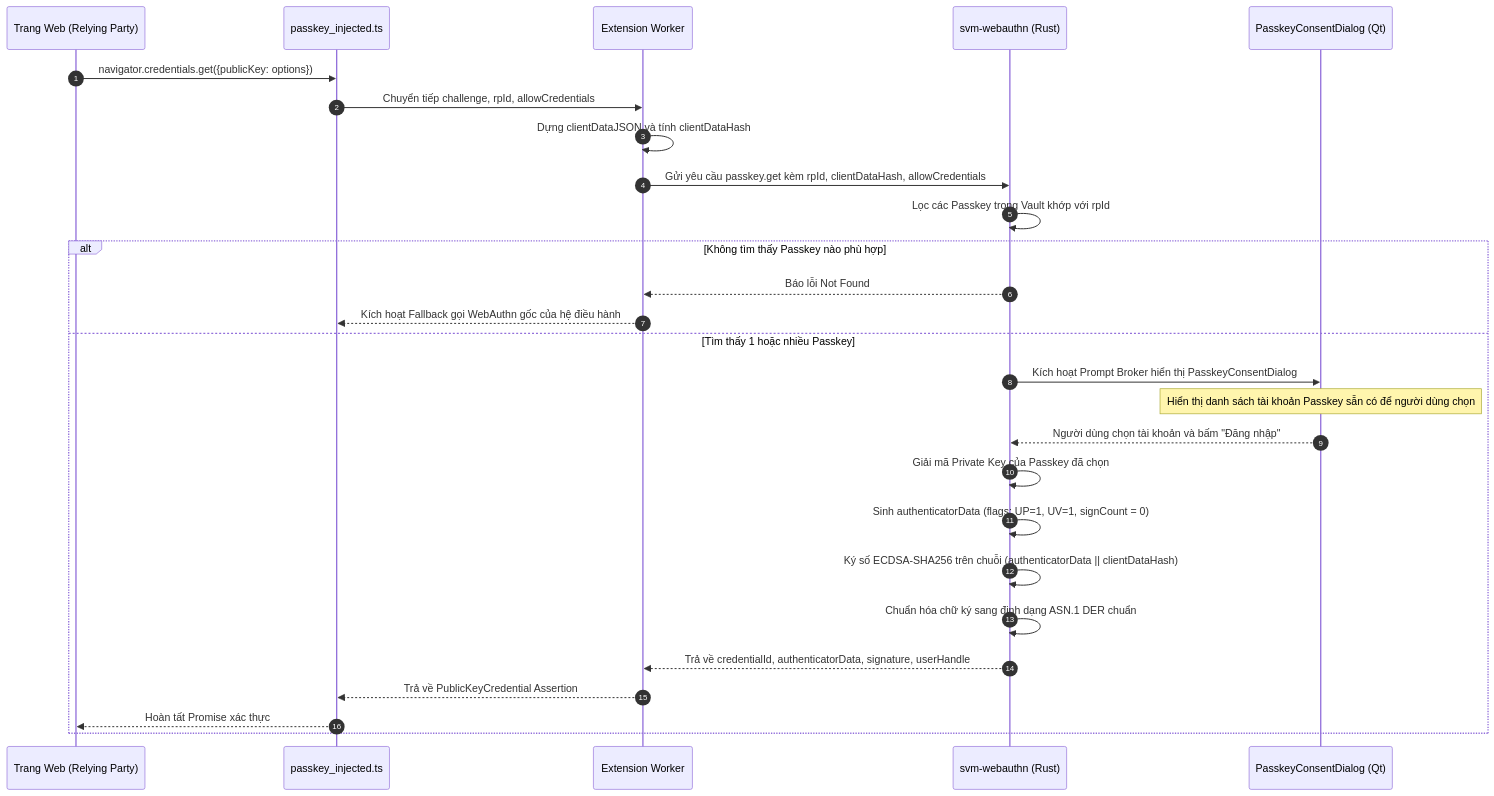
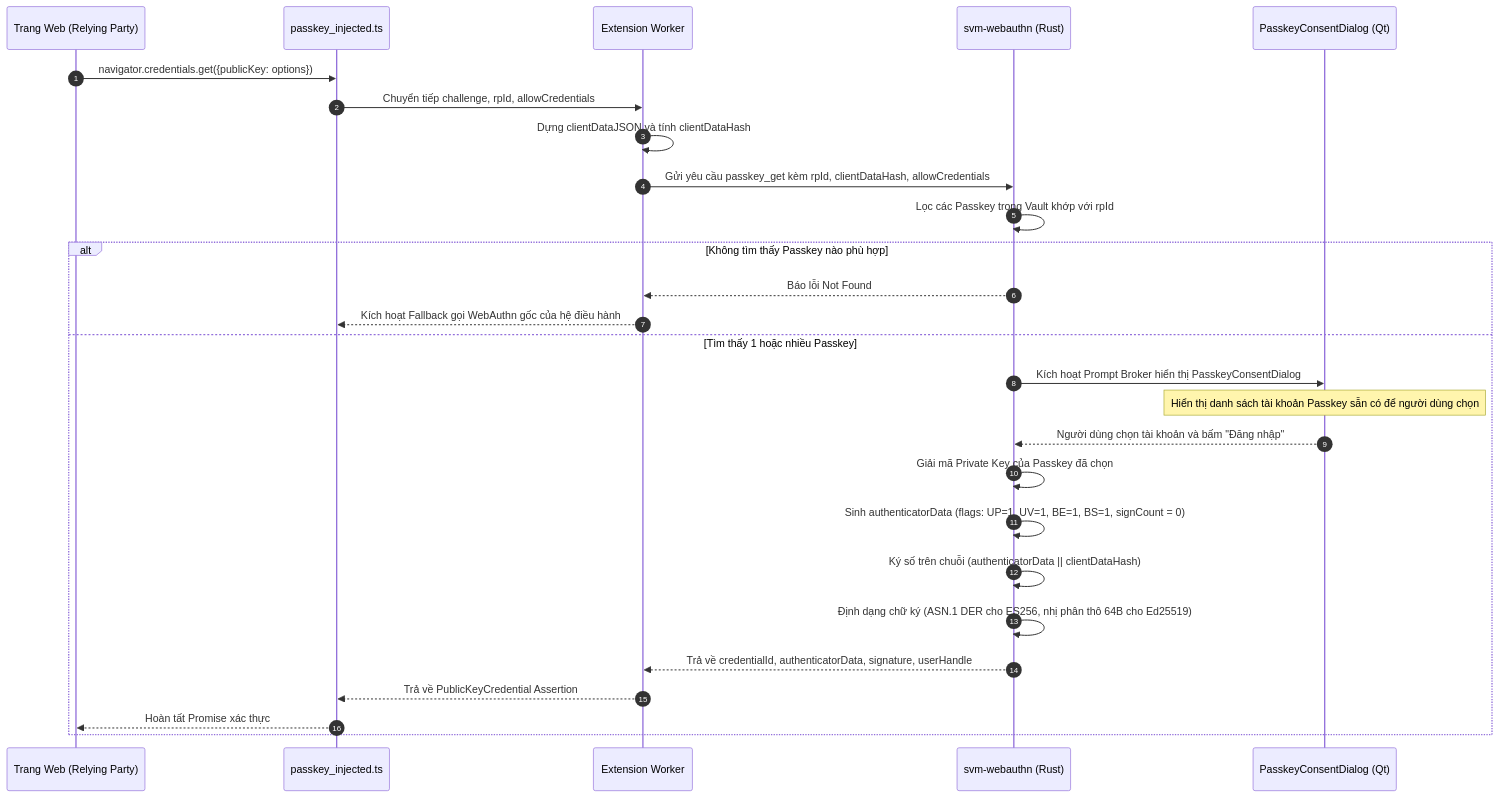
One commit to hephaestus-developers/secure-vault-manager changed the third of 3 diagrams in docs/07. Passkey Implementation.md. Above: the diagram before and after it, drawn with Mermaid. The commit also changed other lines of this file and 10 other files, not shown here.

Commit message:
docs: standardize 9-category schema, passkey isolation, and technical specs across all documentation

````diff
--- a/docs/07. Passkey Implementation.md
+++ b/docs/07. Passkey Implementation.md
@@ -87,30 +87,30 @@
 ```mermaid
 sequenceDiagram
     autonumber
     participant Web as Trang Web (Relying Party)
     participant Inj as passkey_injected.ts
     participant Ext as Extension Worker
     participant Core as svm-webauthn (Rust)
     participant UI as PasskeyConsentDialog (Qt)
 
     Web->>Inj: navigator.credentials.get({publicKey: options})
     Inj->>Ext: Chuyển tiếp challenge, rpId, allowCredentials
     Ext->>Ext: Dựng clientDataJSON và tính clientDataHash
-    Ext->>Core: Gửi yêu cầu passkey.get kèm rpId, clientDataHash, allowCredentials
+    Ext->>Core: Gửi yêu cầu passkey_get kèm rpId, clientDataHash, allowCredentials
     Core->>Core: Lọc các Passkey trong Vault khớp với rpId
     alt Không tìm thấy Passkey nào phù hợp
         Core-->>Ext: Báo lỗi Not Found
         Ext-->>Inj: Kích hoạt Fallback gọi WebAuthn gốc của hệ điều hành
     else Tìm thấy 1 hoặc nhiều Passkey
         Core->>UI: Kích hoạt Prompt Broker hiển thị PasskeyConsentDialog
         Note over UI: Hiển thị danh sách tài khoản Passkey sẵn có để người dùng chọn
         UI-->>Core: Người dùng chọn tài khoản và bấm "Đăng nhập"
         Core->>Core: Giải mã Private Key của Passkey đã chọn
-        Core->>Core: Sinh authenticatorData (flags: UP=1, UV=1, signCount = 0)
-        Core->>Core: Ký số ECDSA-SHA256 trên chuỗi (authenticatorData || clientDataHash)
-        Core->>Core: Chuẩn hóa chữ ký sang định dạng ASN.1 DER chuẩn
+        Core->>Core: Sinh authenticatorData (flags: UP=1, UV=1, BE=1, BS=1, signCount = 0)
+        Core->>Core: Ký số trên chuỗi (authenticatorData || clientDataHash)
+        Core->>Core: Định dạng chữ ký (ASN.1 DER cho ES256, nhị phân thô 64B cho Ed25519)
         Core-->>Ext: Trả về credentialId, authenticatorData, signature, userHandle
         Ext-->>Inj: Trả về PublicKeyCredential Assertion
         Inj-->>Web: Hoàn tất Promise xác thực
     end
 ```
````
